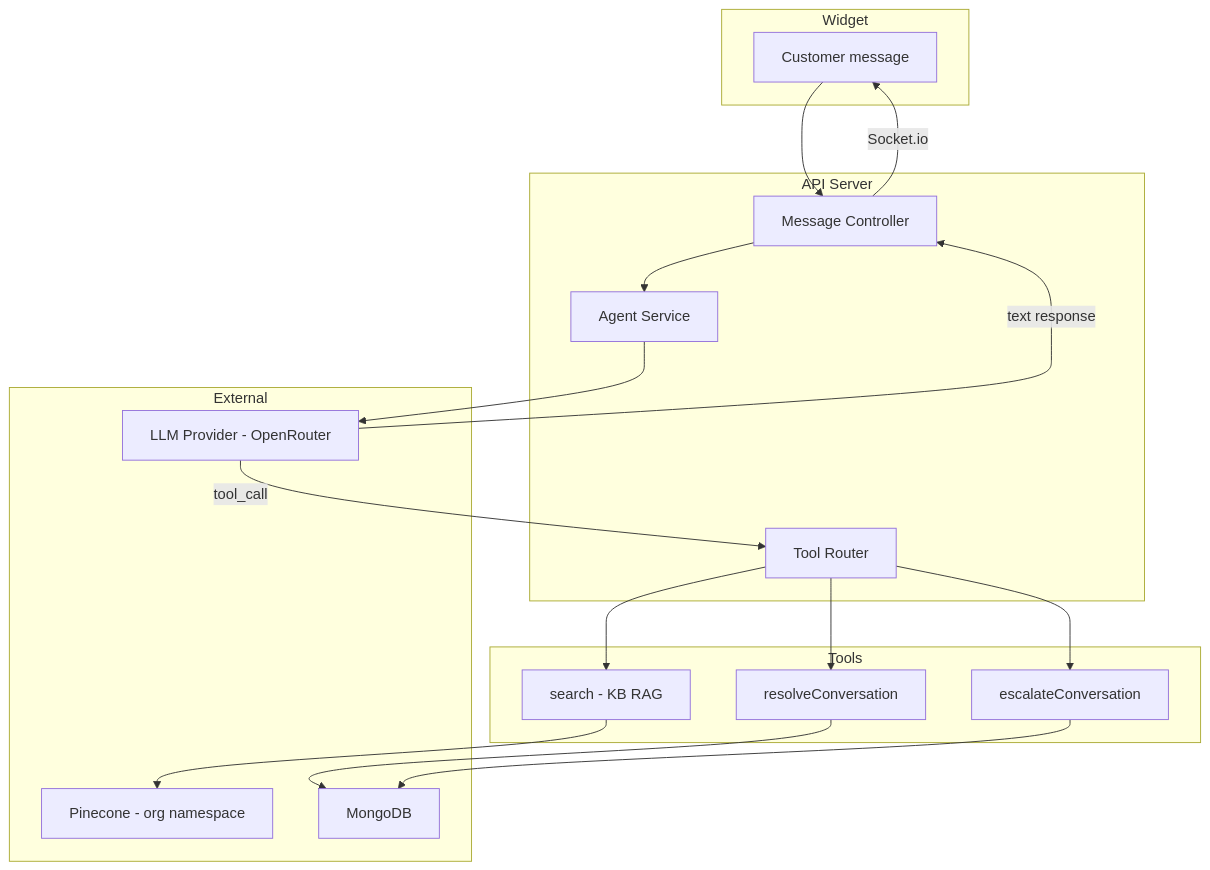
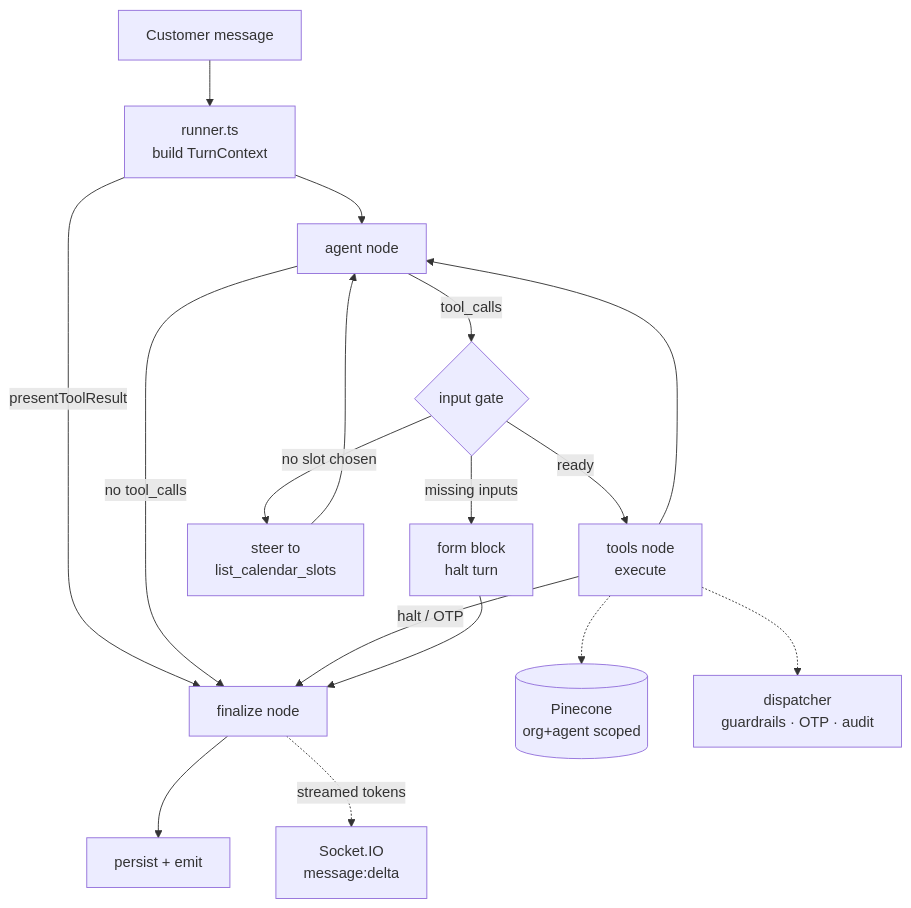
The diagram in __specs/05-ai-agent-design.md (kidane-gebremedhin/resolve-ai), drawn with Mermaid before and after one commit. The commit also changed other lines of this file and 282 other files, not shown here.

````diff
--- a/__specs/05-ai-agent-design.md
+++ b/__specs/05-ai-agent-design.md
@@ -16,37 +64,20 @@
 ```mermaid
 flowchart TD
-    subgraph Widget
-        A[Customer message]
-    end
-    
-    subgraph API Server
-        B[Message Controller]
-        C[Agent Service]
-        D[Tool Router]
-    end
-    
-    subgraph Tools
-        E[search - KB RAG]
-        F[resolveConversation]
-        G[escalateConversation]
-    end
-    
-    subgraph External
-        H[LLM Provider - OpenRouter]
-        I[Pinecone - org namespace]
-        J[MongoDB]
-    end
-    
-    A --> B
-    B --> C
-    C --> H
-    H -->|tool_call| D
-    D --> E
-    D --> F
-    D --> G
-    E --> I
-    F --> J
-    G --> J
-    H -->|text response| B
-    B -->|Socket.io| A
+    A[Customer message] --> R[runner.ts<br/>build TurnContext]
+    R -->|presentToolResult| F
+    R --> AG[agent node]
+    AG -->|tool_calls| GT{input gate}
+    AG -->|no tool_calls| F[finalize node]
+    GT -->|ready| TE[tools node<br/>execute]
+    GT -->|missing inputs| FM[form block<br/>halt turn]
+    GT -->|no slot chosen| ST[steer to<br/>list_calendar_slots]
+    TE -->|halt / OTP| F
+    TE --> AG
+    ST --> AG
+    FM --> F
+    F --> P[persist + emit]
+
+    TE -.-> KB[(Pinecone<br/>org+agent scoped)]
+    TE -.-> DISP[dispatcher<br/>guardrails · OTP · audit]
+    F -.->|streamed tokens| WS[Socket.IO<br/>message:delta]
 ```
````
